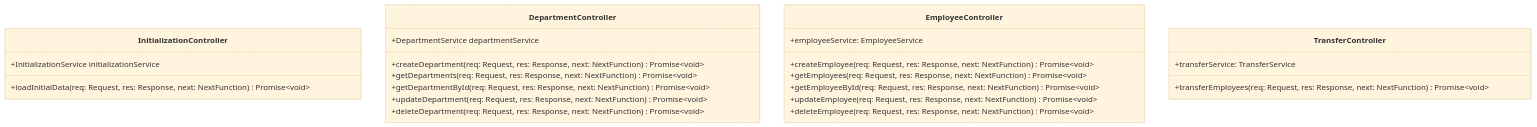
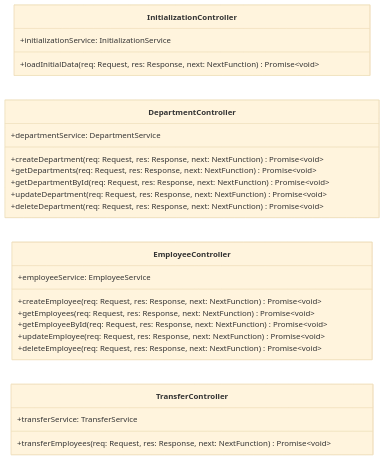
One commit to k1729p/Study28 changed the diagram in docs/mermaid/classDiagramControllers.md. Above: the diagram before and after it, drawn with Mermaid (base theme).

````diff
--- a/docs/mermaid/classDiagramControllers.md
+++ b/docs/mermaid/classDiagramControllers.md
@@ -3,27 +3,31 @@
 ```mermaid
 classDiagram
+  direction LR
   class InitializationController {
-    +InitializationService initializationService
+    +initializationService: InitializationService
     +loadInitialData(req: Request, res: Response, next: NextFunction) Promise~void~
   }
+
   class DepartmentController {
-    +DepartmentService departmentService
+    +departmentService: DepartmentService
     +createDepartment(req: Request, res: Response, next: NextFunction) Promise~void~
     +getDepartments(req: Request, res: Response, next: NextFunction) Promise~void~
     +getDepartmentById(req: Request, res: Response, next: NextFunction) Promise~void~
     +updateDepartment(req: Request, res: Response, next: NextFunction) Promise~void~
     +deleteDepartment(req: Request, res: Response, next: NextFunction) Promise~void~
   }
+
   class EmployeeController {
     +employeeService: EmployeeService
     +createEmployee(req: Request, res: Response, next: NextFunction) Promise~void~
     +getEmployees(req: Request, res: Response, next: NextFunction) Promise~void~
     +getEmployeeById(req: Request, res: Response, next: NextFunction) Promise~void~
     +updateEmployee(req: Request, res: Response, next: NextFunction) Promise~void~
     +deleteEmployee(req: Request, res: Response, next: NextFunction) Promise~void~
   }
+
   class TransferController {
     +transferService: TransferService
     +transferEmployees(req: Request, res: Response, next: NextFunction) Promise~void~
   }
 ```
````
